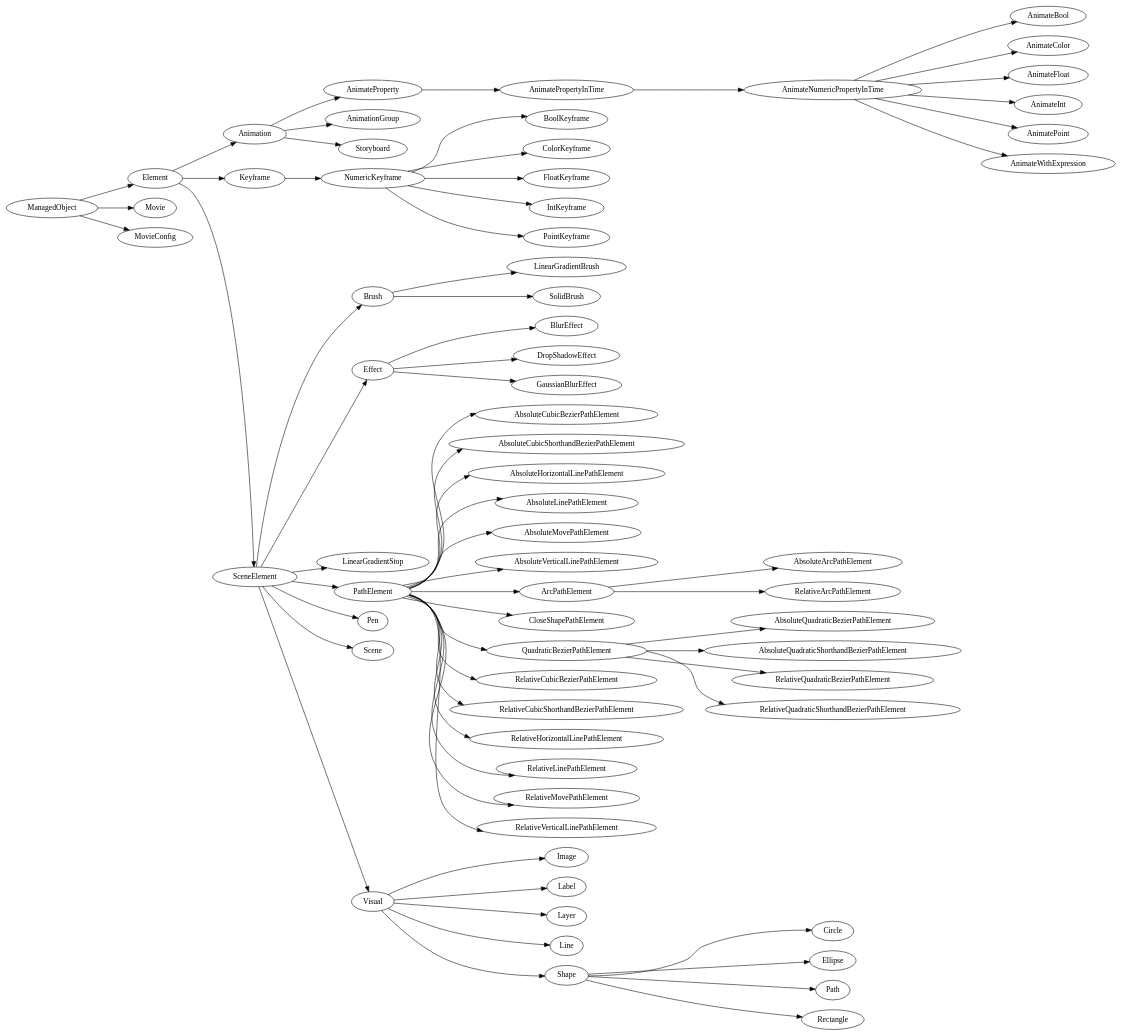
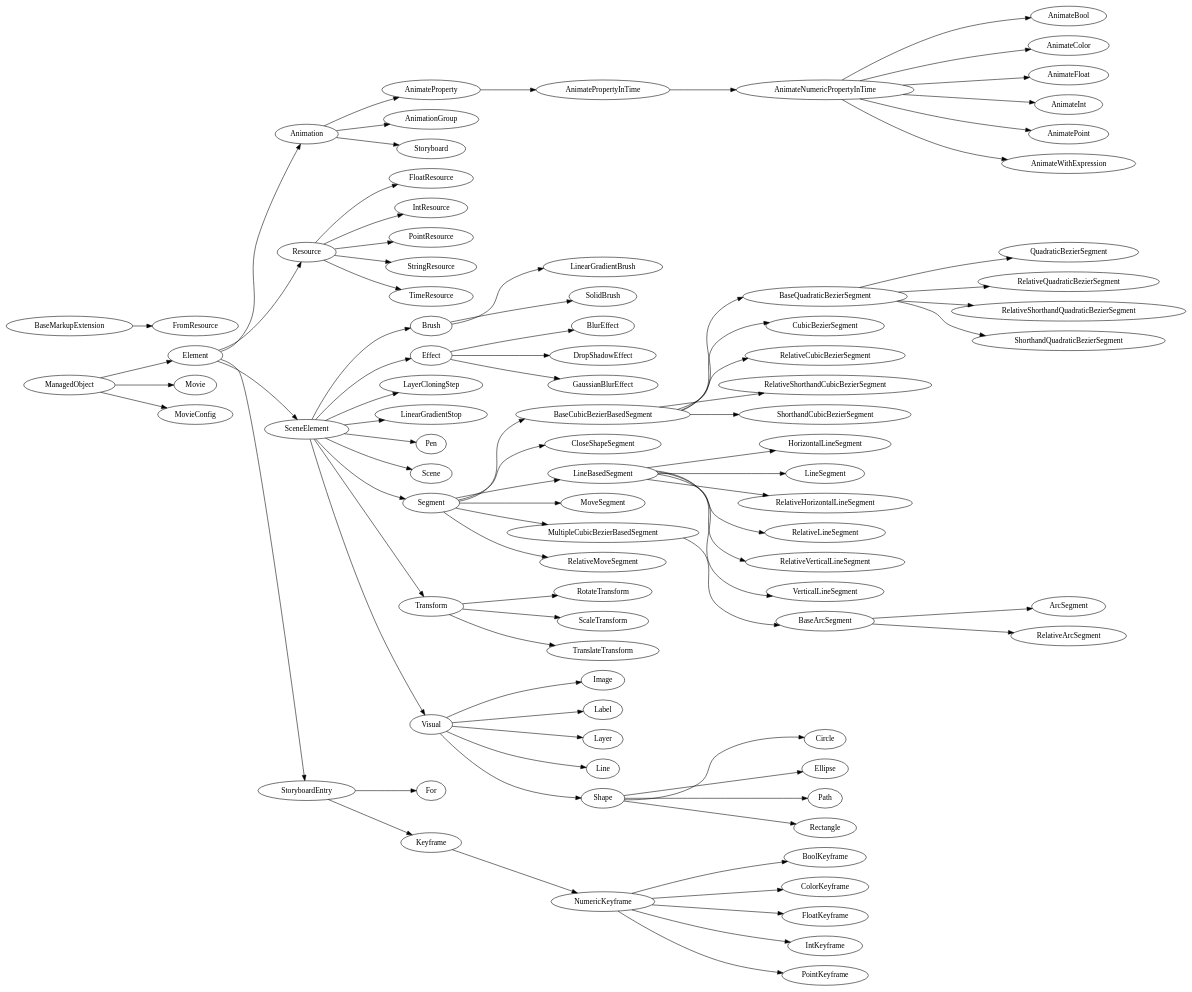
One commit to wojciechsura/Animator changed the diagram in Animator.dot. Above: the diagram before and after it, drawn with Graphviz. The commit also changed 7 other files, not shown here.

```diff
--- a/Animator.dot
+++ b/Animator.dot
@@ -1,134 +1,169 @@
 digraph {
   rankdir=LR
-0 [ label = "AbsoluteArcPathElement" ]
-1 [ label = "AbsoluteCubicBezierPathElement" ]
-2 [ label = "AbsoluteCubicShorthandBezierPathElement" ]
-3 [ label = "AbsoluteHorizontalLinePathElement" ]
-4 [ label = "AbsoluteLinePathElement" ]
-5 [ label = "AbsoluteMovePathElement" ]
-6 [ label = "AbsoluteQuadraticBezierPathElement" ]
-7 [ label = "AbsoluteQuadraticShorthandBezierPathElement" ]
-8 [ label = "AbsoluteVerticalLinePathElement" ]
-9 [ label = "AnimateBool" ]
-10 [ label = "AnimateColor" ]
-11 [ label = "AnimateFloat" ]
-12 [ label = "AnimateInt" ]
-13 [ label = "AnimateNumericPropertyInTime" ]
-14 [ label = "AnimatePoint" ]
-15 [ label = "AnimateProperty" ]
-16 [ label = "AnimatePropertyInTime" ]
-17 [ label = "AnimateWithExpression" ]
-18 [ label = "Animation" ]
-19 [ label = "AnimationGroup" ]
-20 [ label = "ArcPathElement" ]
-21 [ label = "BlurEffect" ]
-22 [ label = "BoolKeyframe" ]
-23 [ label = "Brush" ]
-24 [ label = "Circle" ]
-25 [ label = "CloseShapePathElement" ]
-26 [ label = "ColorKeyframe" ]
-27 [ label = "DropShadowEffect" ]
-28 [ label = "Effect" ]
-29 [ label = "Element" ]
-30 [ label = "Ellipse" ]
-31 [ label = "FloatKeyframe" ]
-32 [ label = "GaussianBlurEffect" ]
-33 [ label = "Image" ]
-34 [ label = "IntKeyframe" ]
+0 [ label = "AnimateBool" ]
+1 [ label = "AnimateColor" ]
+2 [ label = "AnimateFloat" ]
+3 [ label = "AnimateInt" ]
+4 [ label = "AnimateNumericPropertyInTime" ]
+5 [ label = "AnimatePoint" ]
+6 [ label = "AnimateProperty" ]
+7 [ label = "AnimatePropertyInTime" ]
+8 [ label = "AnimateWithExpression" ]
+9 [ label = "Animation" ]
+10 [ label = "AnimationGroup" ]
+11 [ label = "ArcSegment" ]
+12 [ label = "BaseArcSegment" ]
+13 [ label = "BaseCubicBezierBasedSegment" ]
+14 [ label = "BaseQuadraticBezierSegment" ]
+15 [ label = "BlurEffect" ]
+16 [ label = "BoolKeyframe" ]
+17 [ label = "Brush" ]
+18 [ label = "Circle" ]
+19 [ label = "CloseShapeSegment" ]
+20 [ label = "ColorKeyframe" ]
+21 [ label = "CubicBezierSegment" ]
+22 [ label = "DropShadowEffect" ]
+23 [ label = "Effect" ]
+24 [ label = "Element" ]
+25 [ label = "Ellipse" ]
+26 [ label = "FloatKeyframe" ]
+27 [ label = "FloatResource" ]
+28 [ label = "For" ]
+29 [ label = "FromResource" ]
+30 [ label = "GaussianBlurEffect" ]
+31 [ label = "HorizontalLineSegment" ]
+32 [ label = "Image" ]
+33 [ label = "IntKeyframe" ]
+34 [ label = "IntResource" ]
 35 [ label = "Keyframe" ]
 36 [ label = "Label" ]
 37 [ label = "Layer" ]
-38 [ label = "Line" ]
-39 [ label = "LinearGradientBrush" ]
-40 [ label = "LinearGradientStop" ]
-41 [ label = "Movie" ]
-42 [ label = "MovieConfig" ]
-43 [ label = "NumericKeyframe" ]
-44 [ label = "Path" ]
-45 [ label = "PathElement" ]
-46 [ label = "Pen" ]
-47 [ label = "PointKeyframe" ]
-48 [ label = "QuadraticBezierPathElement" ]
-49 [ label = "Rectangle" ]
-50 [ label = "RelativeArcPathElement" ]
-51 [ label = "RelativeCubicBezierPathElement" ]
-52 [ label = "RelativeCubicShorthandBezierPathElement" ]
-53 [ label = "RelativeHorizontalLinePathElement" ]
-54 [ label = "RelativeLinePathElement" ]
-55 [ label = "RelativeMovePathElement" ]
-56 [ label = "RelativeQuadraticBezierPathElement" ]
-57 [ label = "RelativeQuadraticShorthandBezierPathElement" ]
-58 [ label = "RelativeVerticalLinePathElement" ]
-59 [ label = "Scene" ]
-60 [ label = "SceneElement" ]
-61 [ label = "Shape" ]
-62 [ label = "SolidBrush" ]
-63 [ label = "Storyboard" ]
-64 [ label = "Visual" ]
-65 [ label = "ManagedObject" ]
-20 -> 0
-45 -> 1
-45 -> 2
-45 -> 3
-45 -> 4
-45 -> 5
-48 -> 6
-48 -> 7
-45 -> 8
-13 -> 9
-13 -> 10
-13 -> 11
-13 -> 12
-16 -> 13
+38 [ label = "LayerCloningStep" ]
+39 [ label = "Line" ]
+40 [ label = "LinearGradientBrush" ]
+41 [ label = "LinearGradientStop" ]
+42 [ label = "LineBasedSegment" ]
+43 [ label = "LineSegment" ]
+44 [ label = "MoveSegment" ]
+45 [ label = "Movie" ]
+46 [ label = "MovieConfig" ]
+47 [ label = "MultipleCubicBezierBasedSegment" ]
+48 [ label = "NumericKeyframe" ]
+49 [ label = "Path" ]
+50 [ label = "Pen" ]
+51 [ label = "PointKeyframe" ]
+52 [ label = "PointResource" ]
+53 [ label = "QuadraticBezierSegment" ]
+54 [ label = "Rectangle" ]
+55 [ label = "RelativeArcSegment" ]
+56 [ label = "RelativeCubicBezierSegment" ]
+57 [ label = "RelativeHorizontalLineSegment" ]
+58 [ label = "RelativeLineSegment" ]
+59 [ label = "RelativeMoveSegment" ]
+60 [ label = "RelativeQuadraticBezierSegment" ]
+61 [ label = "RelativeShorthandCubicBezierSegment" ]
+62 [ label = "RelativeShorthandQuadraticBezierSegment" ]
+63 [ label = "RelativeVerticalLineSegment" ]
+64 [ label = "Resource" ]
+65 [ label = "RotateTransform" ]
+66 [ label = "ScaleTransform" ]
+67 [ label = "Scene" ]
+68 [ label = "SceneElement" ]
+69 [ label = "Segment" ]
+70 [ label = "Shape" ]
+71 [ label = "ShorthandCubicBezierSegment" ]
+72 [ label = "ShorthandQuadraticBezierSegment" ]
+73 [ label = "SolidBrush" ]
+74 [ label = "Storyboard" ]
+75 [ label = "StoryboardEntry" ]
+76 [ label = "StringResource" ]
+77 [ label = "TimeResource" ]
+78 [ label = "Transform" ]
+79 [ label = "TranslateTransform" ]
+80 [ label = "VerticalLineSegment" ]
+81 [ label = "Visual" ]
+82 [ label = "ManagedObject" ]
+83 [ label = "BaseMarkupExtension" ]
+4 -> 0
+4 -> 1
+4 -> 2
+4 -> 3
+7 -> 4
+4 -> 5
+9 -> 6
+6 -> 7
+4 -> 8
+24 -> 9
+9 -> 10
+12 -> 11
+47 -> 12
+69 -> 13
 13 -> 14
-18 -> 15
-15 -> 16
-13 -> 17
-29 -> 18
-18 -> 19
-45 -> 20
-28 -> 21
-43 -> 22
-60 -> 23
-61 -> 24
-45 -> 25
-43 -> 26
-28 -> 27
-60 -> 28
-65 -> 29
-61 -> 30
-43 -> 31
-28 -> 32
-64 -> 33
-43 -> 34
-29 -> 35
-64 -> 36
-64 -> 37
-64 -> 38
-23 -> 39
-60 -> 40
-65 -> 41
-65 -> 42
-35 -> 43
-61 -> 44
-60 -> 45
-60 -> 46
-43 -> 47
-45 -> 48
-61 -> 49
-20 -> 50
-45 -> 51
-45 -> 52
-45 -> 53
-45 -> 54
-45 -> 55
-48 -> 56
-48 -> 57
-45 -> 58
-60 -> 59
-29 -> 60
-64 -> 61
-23 -> 62
-18 -> 63
-60 -> 64
+23 -> 15
+48 -> 16
+68 -> 17
+70 -> 18
+69 -> 19
+48 -> 20
+13 -> 21
+23 -> 22
+68 -> 23
+82 -> 24
+70 -> 25
+48 -> 26
+64 -> 27
+75 -> 28
+83 -> 29
+23 -> 30
+42 -> 31
+81 -> 32
+48 -> 33
+64 -> 34
+75 -> 35
+81 -> 36
+81 -> 37
+68 -> 38
+81 -> 39
+17 -> 40
+68 -> 41
+69 -> 42
+42 -> 43
+69 -> 44
+82 -> 45
+82 -> 46
+69 -> 47
+35 -> 48
+70 -> 49
+68 -> 50
+48 -> 51
+64 -> 52
+14 -> 53
+70 -> 54
+12 -> 55
+13 -> 56
+42 -> 57
+42 -> 58
+69 -> 59
+14 -> 60
+13 -> 61
+14 -> 62
+42 -> 63
+24 -> 64
+78 -> 65
+78 -> 66
+68 -> 67
+24 -> 68
+68 -> 69
+81 -> 70
+13 -> 71
+14 -> 72
+17 -> 73
+9 -> 74
+24 -> 75
+64 -> 76
+64 -> 77
+68 -> 78
+78 -> 79
+42 -> 80
+68 -> 81
 }
```
